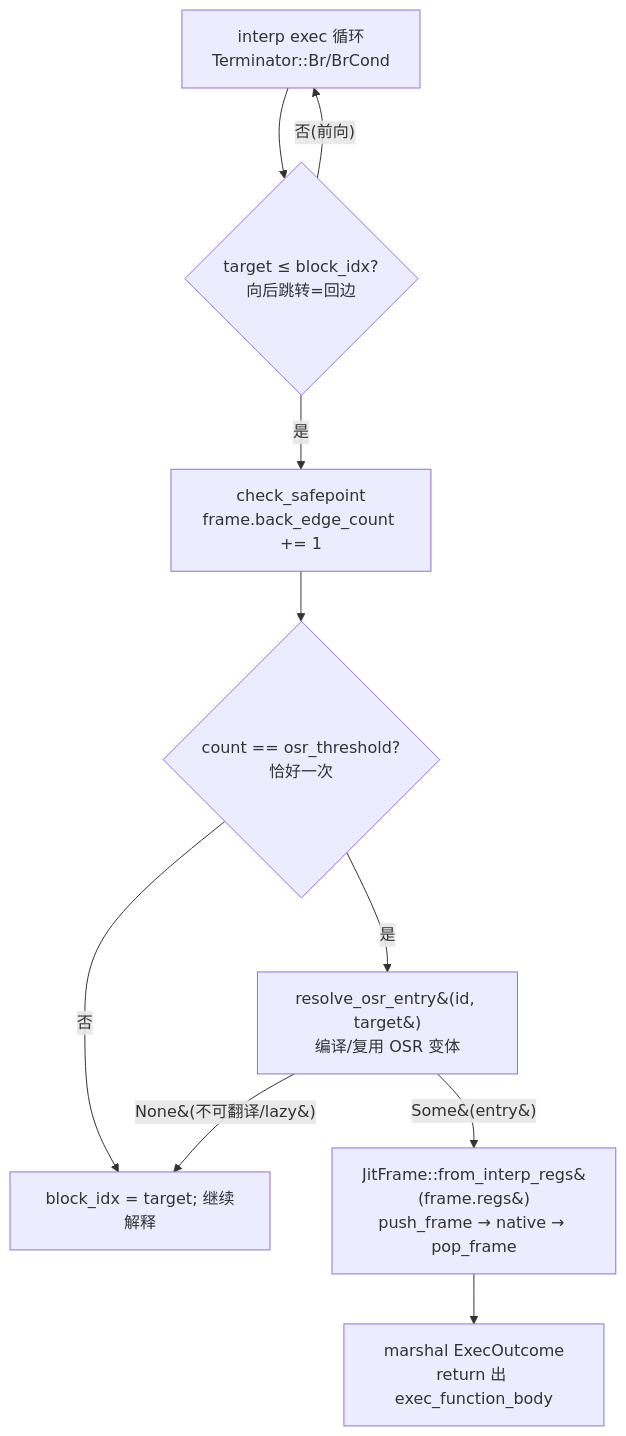
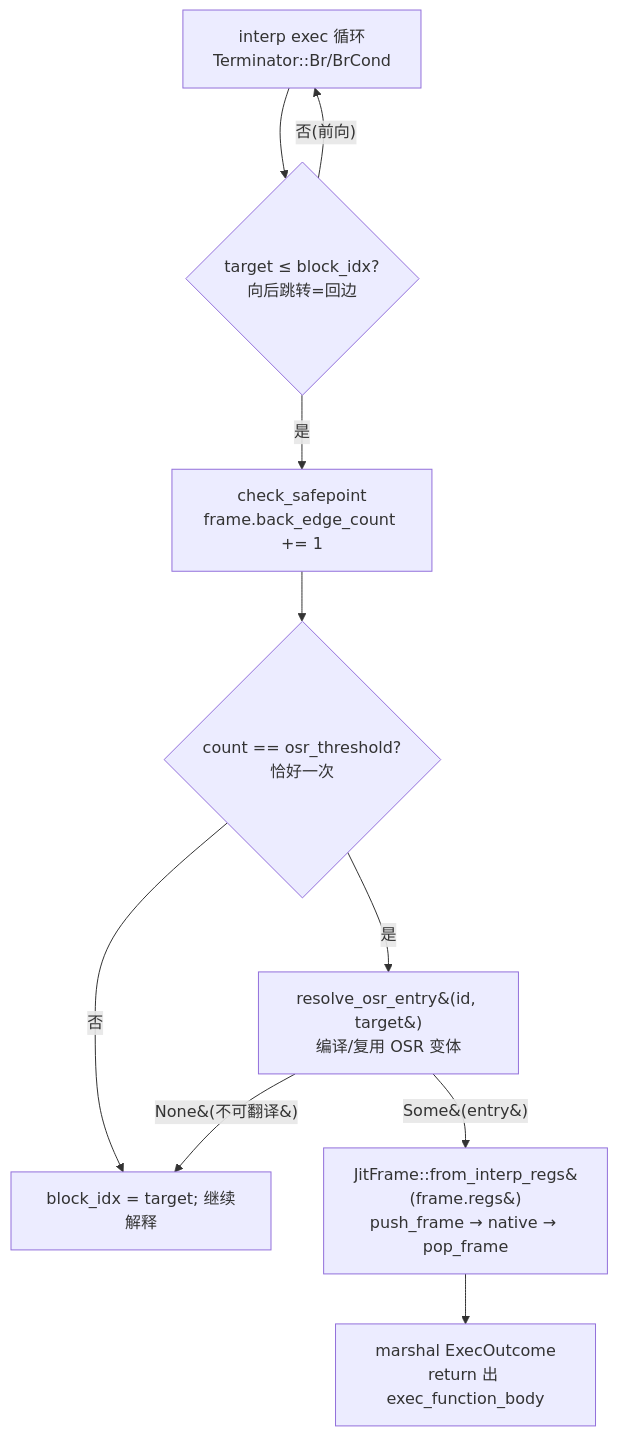
The second of 2 diagrams in docs/internals/src/runtime/jit.md (z42-lang/z42), drawn with Mermaid before and after one commit. The commit also changed other lines of this file and 27 other files, not shown here.

````diff
--- a/docs/internals/src/runtime/jit.md
+++ b/docs/internals/src/runtime/jit.md
@@ -275,12 +279,12 @@
 ```mermaid
 flowchart TD
     A[interp exec 循环<br/>Terminator::Br/BrCond] --> B{target ≤ block_idx?<br/>向后跳转=回边}
     B -- 否(前向) --> A
     B -- 是 --> C[check_safepoint<br/>frame.back_edge_count += 1]
     C --> D{count == osr_threshold?<br/>恰好一次}
     D -- 否 --> E[block_idx = target; 继续解释]
     D -- 是 --> F[resolve_osr_entry&#40;id, target&#41;<br/>编译/复用 OSR 变体]
-    F -- None&#40;不可翻译/lazy&#41; --> E
+    F -- None&#40;不可翻译&#41; --> E
     F -- Some&#40;entry&#41; --> G[JitFrame::from_interp_regs&#40;frame.regs&#41;<br/>push_frame → native → pop_frame]
     G --> H[marshal ExecOutcome<br/>return 出 exec_function_body]
 ```
````
